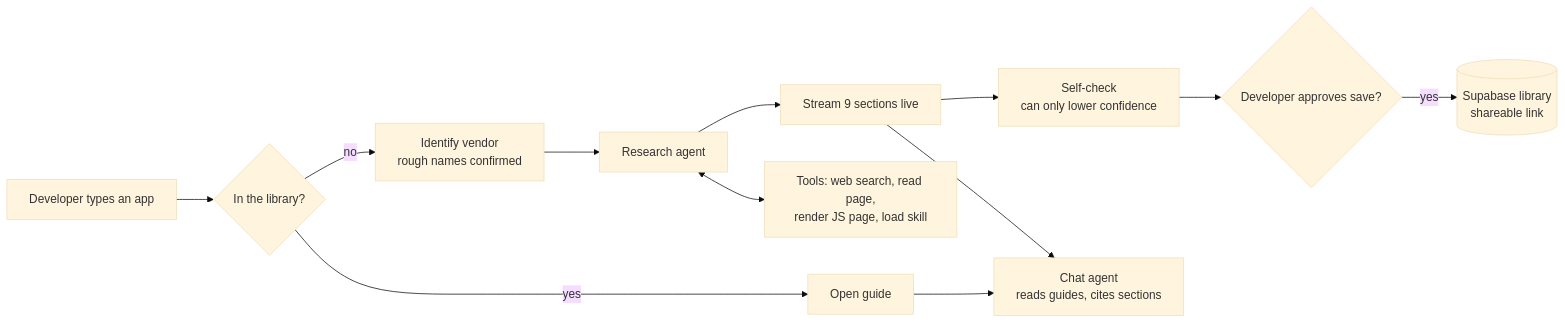
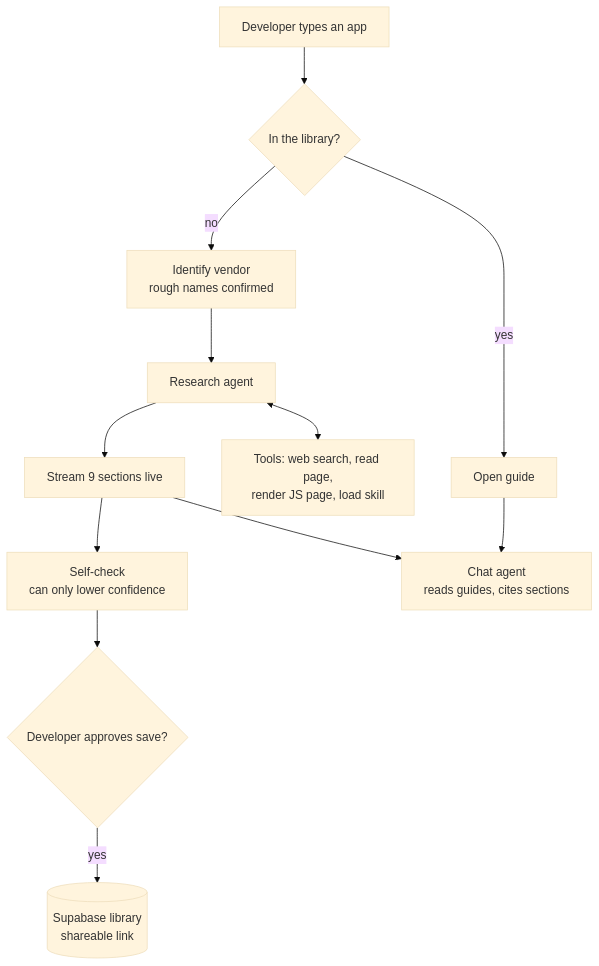
Before and after one commit to shreyc74-hub/Oauth-Agent: the diagram in README.md, drawn with Mermaid (base theme).

Commit message:
README: vertical architecture diagram
Claude-Session: https://claude.ai/code/session_01RSCcP7n59RjTWN1KTPggi7

````diff
--- a/README.md
+++ b/README.md
@@ -38,14 +38,14 @@
 ```mermaid
-flowchart LR
+flowchart TD
   U[Developer types an app] --> L{In the library?}
   L -- yes --> G[Open guide]
   L -- no --> I[Identify vendor<br/>rough names confirmed]
   I --> R[Research agent]
   R <--> T[Tools: web search, read page,<br/>render JS page, load skill]
   R --> S[Stream 9 sections live]
   S --> C[Self-check<br/>can only lower confidence]
   C --> A{Developer approves save?}
   A -- yes --> D[(Supabase library<br/>shareable link)]
   G --> Q[Chat agent<br/>reads guides, cites sections]
   S --> Q
 ```
````
